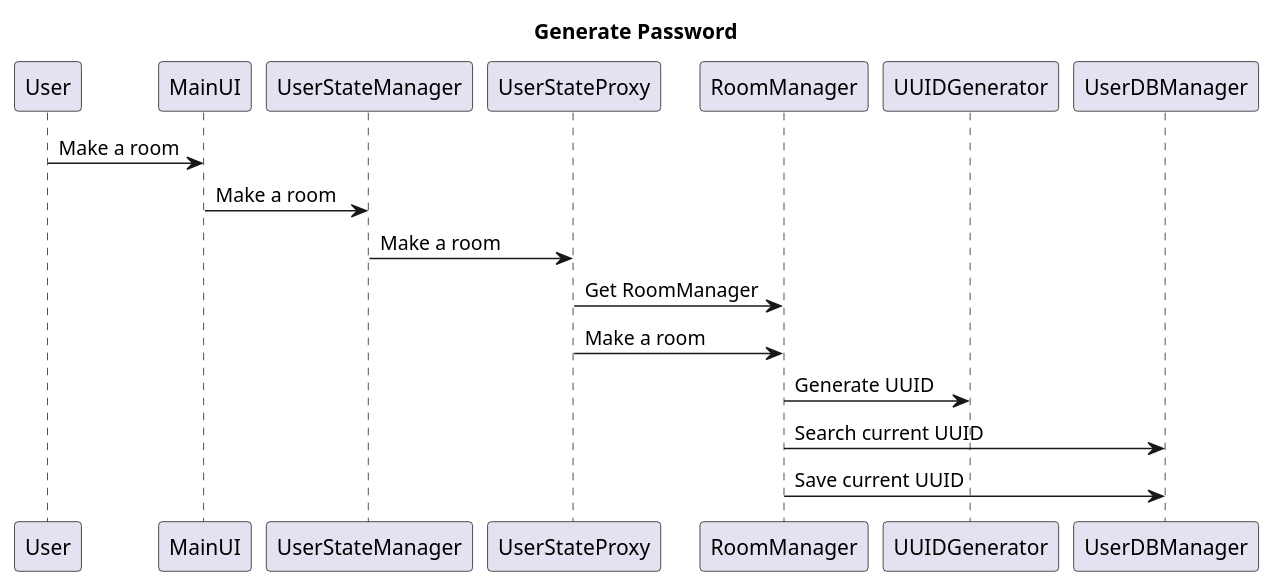
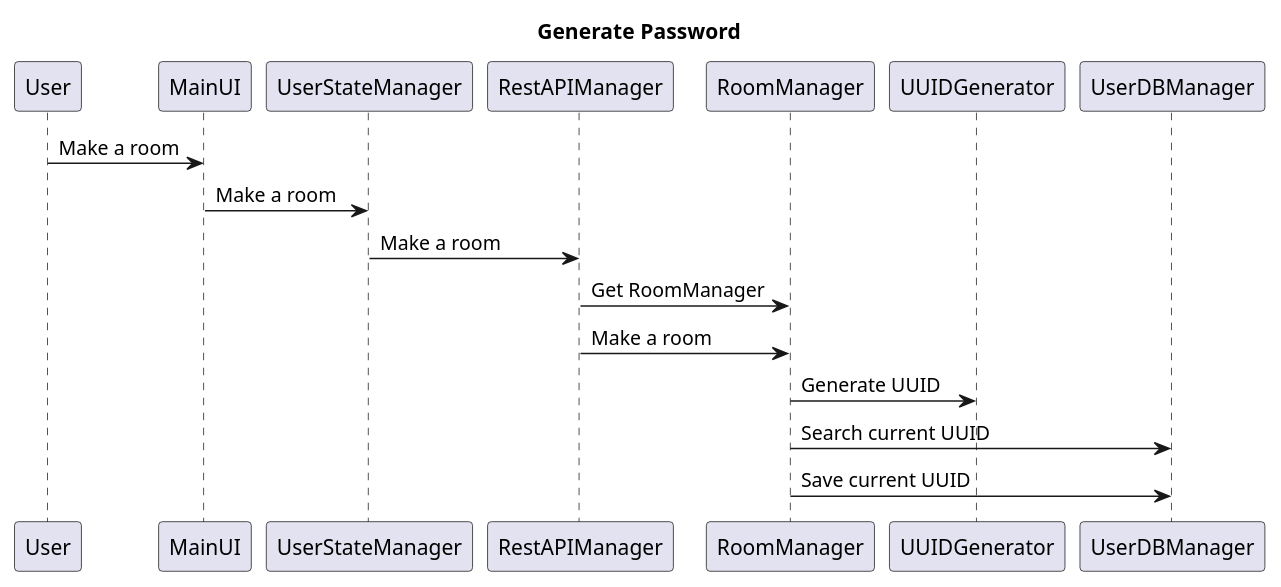
One commit to 2bellwater/EMO_USE_CASE changed the diagram in UC_GENERATE_PASSWORD.wsd. Above: the diagram before and after it, drawn with PlantUML. The commit also changed 2 other files, not shown here.

```diff
--- a/UC_GENERATE_PASSWORD.wsd
+++ b/UC_GENERATE_PASSWORD.wsd
@@ -1,11 +1,11 @@
 @startuml
 title Generate Password
 User -> MainUI : Make a room
 MainUI -> UserStateManager : Make a room
-UserStateManager -> UserStateProxy : Make a room
-UserStateProxy -> RoomManager : Get RoomManager
-UserStateProxy -> RoomManager : Make a room
+UserStateManager -> RestAPIManager : Make a room
+RestAPIManager -> RoomManager : Get RoomManager
+RestAPIManager -> RoomManager : Make a room
 RoomManager -> UUIDGenerator : Generate UUID
 RoomManager -> UserDBManager : Search current UUID
 RoomManager -> UserDBManager : Save current UUID
 @enduml
```
